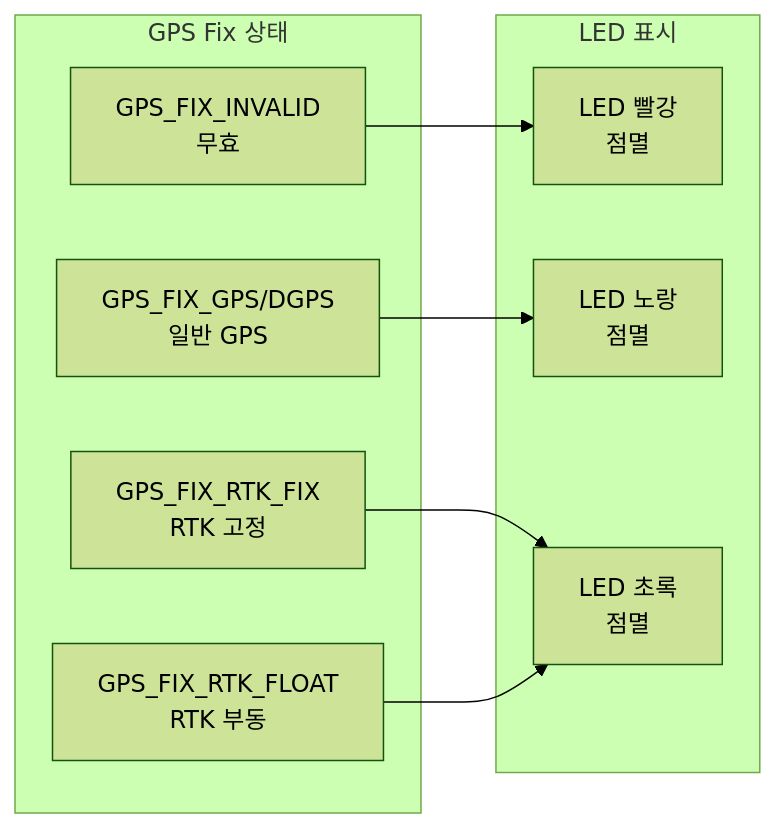
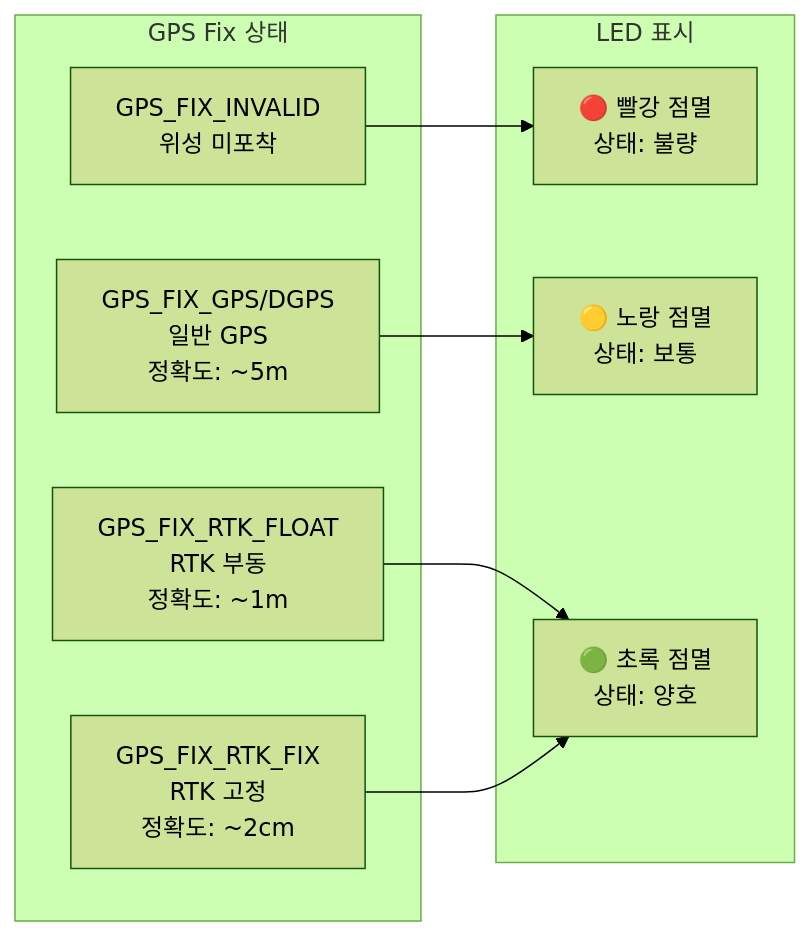
One commit to mj-kang-iotiz/my_test changed the seventh of 7 diagrams in docs/LED_LIBRARY.md. Above: the diagram before and after it, drawn with Mermaid (forest theme). The commit also changed other lines of this file and 2 other files, not shown here.

First line of the commit message:
docs: GPS, GSM, LED 라이브러리 기술 문서 대폭 보강

````diff
--- a/docs/LED_LIBRARY.md
+++ b/docs/LED_LIBRARY.md
@@ -323,20 +676,20 @@
 ```mermaid
 graph LR
     subgraph "GPS Fix 상태"
-        INVALID[GPS_FIX_INVALID<br/>무효]
-        GPS_FIX[GPS_FIX_GPS/DGPS<br/>일반 GPS]
-        RTK_FIX[GPS_FIX_RTK_FIX<br/>RTK 고정]
-        RTK_FLOAT[GPS_FIX_RTK_FLOAT<br/>RTK 부동]
+        INVALID[GPS_FIX_INVALID<br/>위성 미포착]
+        GPS[GPS_FIX_GPS/DGPS<br/>일반 GPS<br/>정확도: ~5m]
+        RTK_FLOAT[GPS_FIX_RTK_FLOAT<br/>RTK 부동<br/>정확도: ~1m]
+        RTK_FIX[GPS_FIX_RTK_FIX<br/>RTK 고정<br/>정확도: ~2cm]
     end
 
     subgraph "LED 표시"
-        RED[LED 빨강<br/>점멸]
-        YELLOW[LED 노랑<br/>점멸]
-        GREEN[LED 초록<br/>점멸]
+        RED[🔴 빨강 점멸<br/>상태: 불량]
+        YELLOW[🟡 노랑 점멸<br/>상태: 보통]
+        GREEN[🟢 초록 점멸<br/>상태: 양호]
     end
 
     INVALID --> RED
-    GPS_FIX --> YELLOW
+    GPS --> YELLOW
+    RTK_FLOAT --> GREEN
     RTK_FIX --> GREEN
-    RTK_FLOAT --> GREEN
 ```
````
